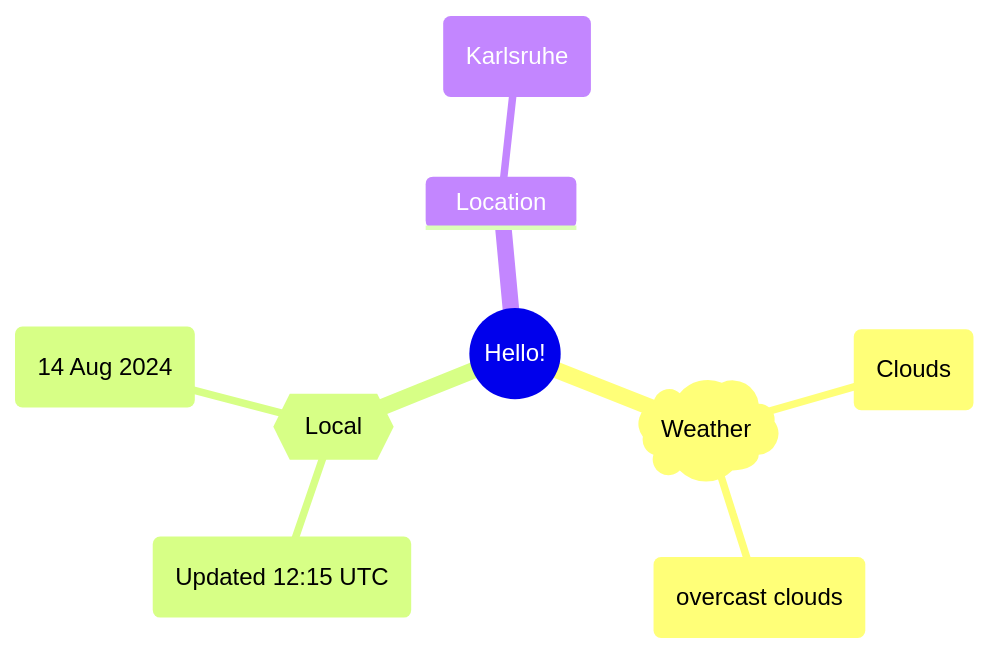
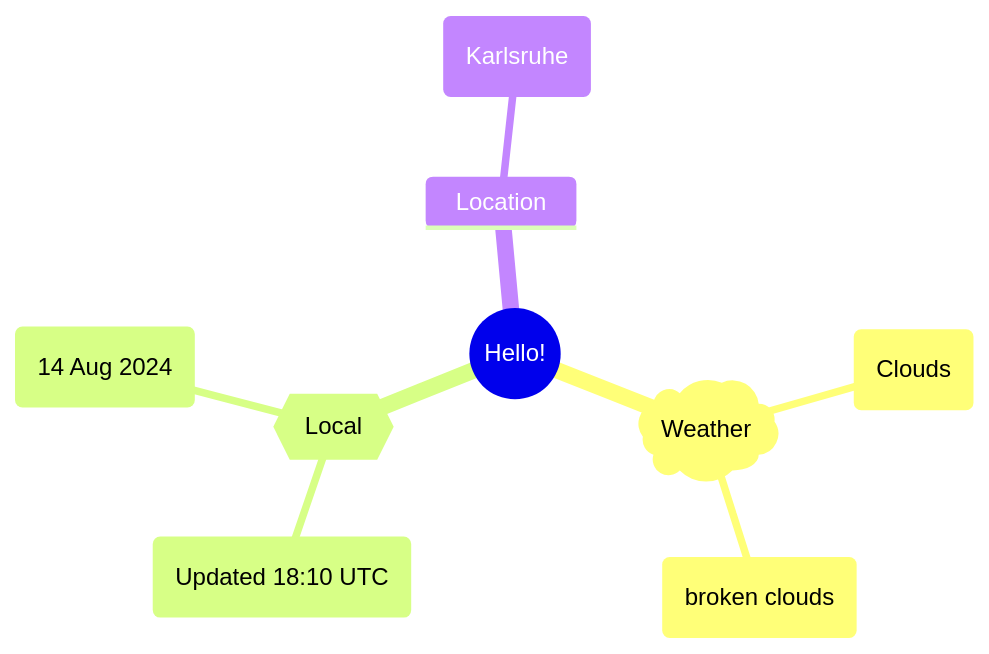
One commit to Xosrov/Xosrov changed the first of 2 diagrams in README.md. Above: the diagram before and after it, drawn with Mermaid.

Commit message:
[bot] updated images

````diff
--- a/README.md
+++ b/README.md
@@ -3,12 +3,12 @@
 ```mermaid
 mindmap
   root((Hello!))
     )Weather(
         (Clouds)
-        (overcast clouds)
+        (broken clouds)
     {{Local}}
-        (Updated 12:15 UTC)
+        (Updated 18:10 UTC)
         (14 Aug 2024)
     Location
         (Karlsruhe)
 ```
````
